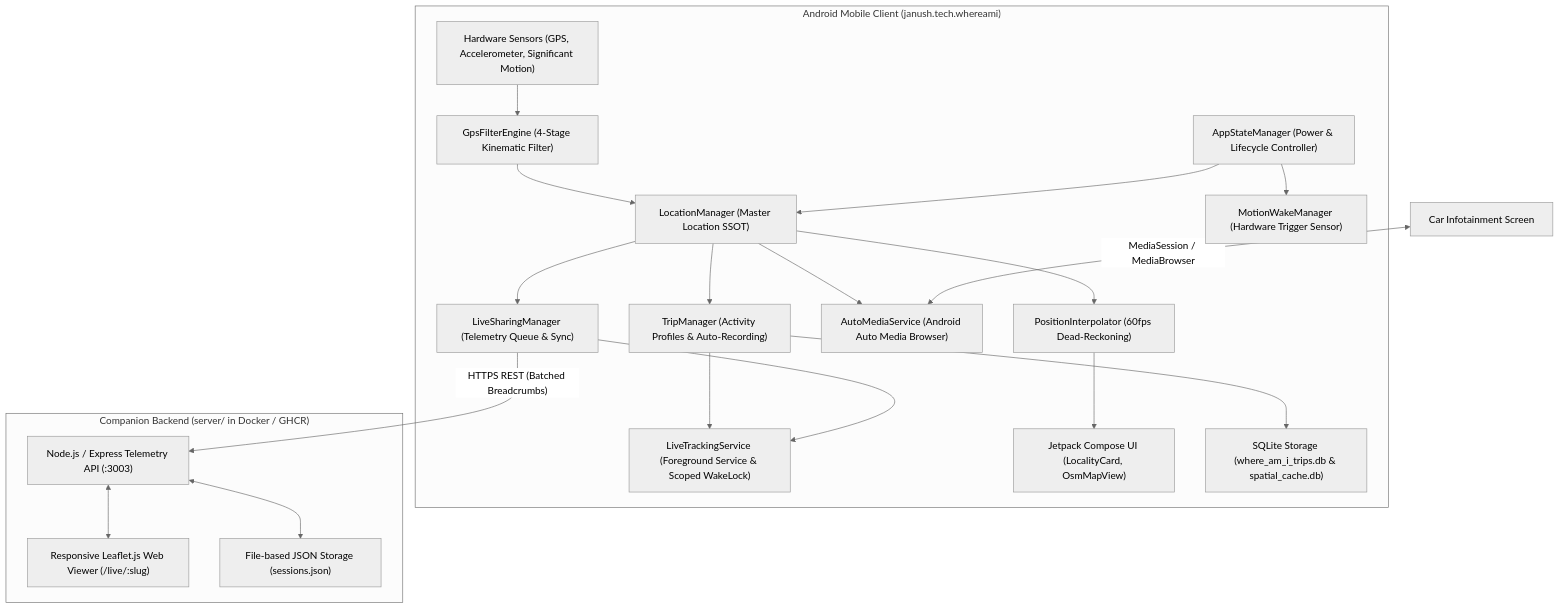
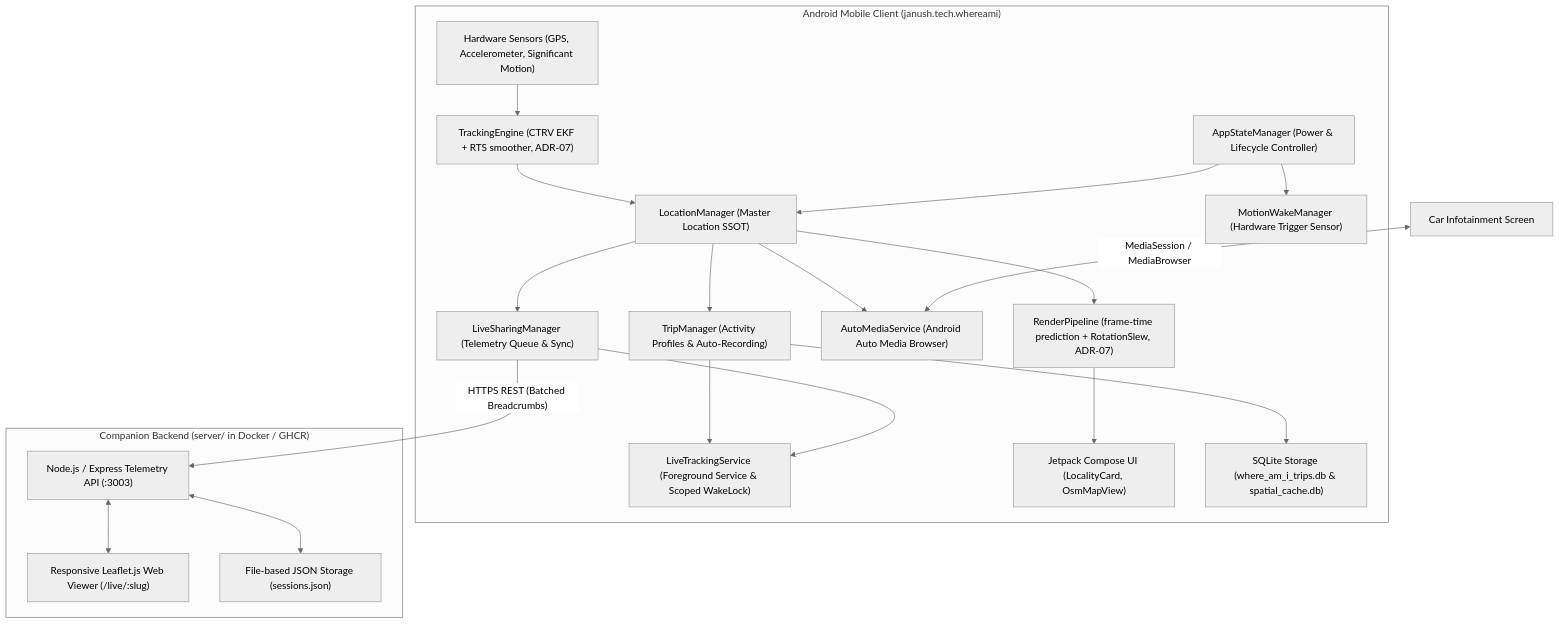
Before and after one commit to JanuszHatala/WhereAmI: the diagram in docs/ARCHITECTURE.md, drawn with Mermaid (neutral theme). The commit also changed other lines of this file and 40 other files, not shown here.

First line of the commit message:
feat: Tracking Engine v2 (EKF + RTS smoother, render pipeline, track_points, screen-off batching, post-trip road match)

````diff
--- a/docs/ARCHITECTURE.md
+++ b/docs/ARCHITECTURE.md
@@ -21,39 +21,39 @@
 ```mermaid
 flowchart TD
     subgraph Android_App["Android Mobile Client (janush.tech.whereami)"]
         Sensors["Hardware Sensors (GPS, Accelerometer, Significant Motion)"]
         LM["LocationManager (Master Location SSOT)"]
-        GFE["GpsFilterEngine (4-Stage Kinematic Filter)"]
-        PI["PositionInterpolator (60fps Dead-Reckoning)"]
+        GFE["TrackingEngine (CTRV EKF + RTS smoother, ADR-07)"]
+        PI["RenderPipeline (frame-time prediction + RotationSlew, ADR-07)"]
         TM["TripManager (Activity Profiles & Auto-Recording)"]
         ASM["AppStateManager (Power & Lifecycle Controller)"]
         MWM["MotionWakeManager (Hardware Trigger Sensor)"]
         LTS["LiveTrackingService (Foreground Service & Scoped WakeLock)"]
         AAMS["AutoMediaService (Android Auto Media Browser)"]
         LSM["LiveSharingManager (Telemetry Queue & Sync)"]
         UI["Jetpack Compose UI (LocalityCard, OsmMapView)"]
         DB["SQLite Storage (where_am_i_trips.db & spatial_cache.db)"]
 
         Sensors --> GFE --> LM
         LM --> PI --> UI
         LM --> TM --> DB
         LM --> LSM
         LM --> AAMS
         ASM --> MWM
         ASM --> LM
         TM --> LTS
         LSM --> LTS
     end
 
     subgraph Backend_Sync["Companion Backend (server/ in Docker / GHCR)"]
         Express["Node.js / Express Telemetry API (:3003)"]
         Leaflet["Responsive Leaflet.js Web Viewer (/live/:slug)"]
         Store["File-based JSON Storage (sessions.json)"]
 
         Express <--> Store
         Express <--> Leaflet
     end
 
     LSM -- "HTTPS REST (Batched Breadcrumbs)" --> Express
     Car["Car Infotainment Screen"] <-- "MediaSession / MediaBrowser" --> AAMS
 ```
````
